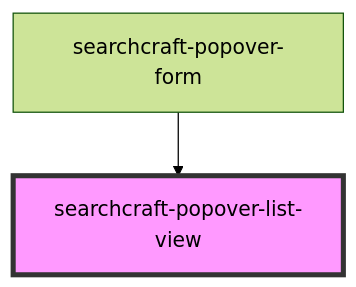
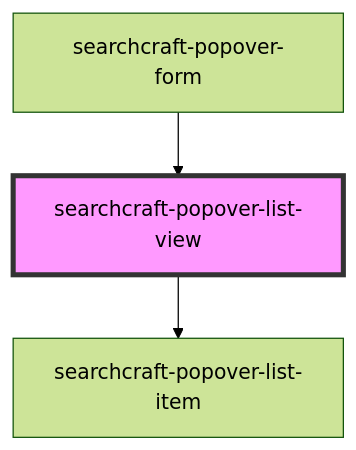
The diagram in packages/javascript-sdk/src/components/searchcraft-popover-list-view/readme.md (searchcraft-inc/searchcraft-javascript-sdks), drawn with Mermaid (forest theme) before and after one commit. The commit also changed other lines of this file and 43 other files, not shown here.

First line of the commit message:
Adds components, functionality, and layout for searchcraft-popover-form re:SC-554

````diff
--- a/packages/javascript-sdk/src/components/searchcraft-popover-list-view/readme.md
+++ b/packages/javascript-sdk/src/components/searchcraft-popover-list-view/readme.md
@@ -33,5 +38,6 @@
 ```mermaid
 graph TD;
+  searchcraft-popover-list-view --> searchcraft-popover-list-item
   searchcraft-popover-form --> searchcraft-popover-list-view
   style searchcraft-popover-list-view fill:#f9f,stroke:#333,stroke-width:4px
 ```
````
